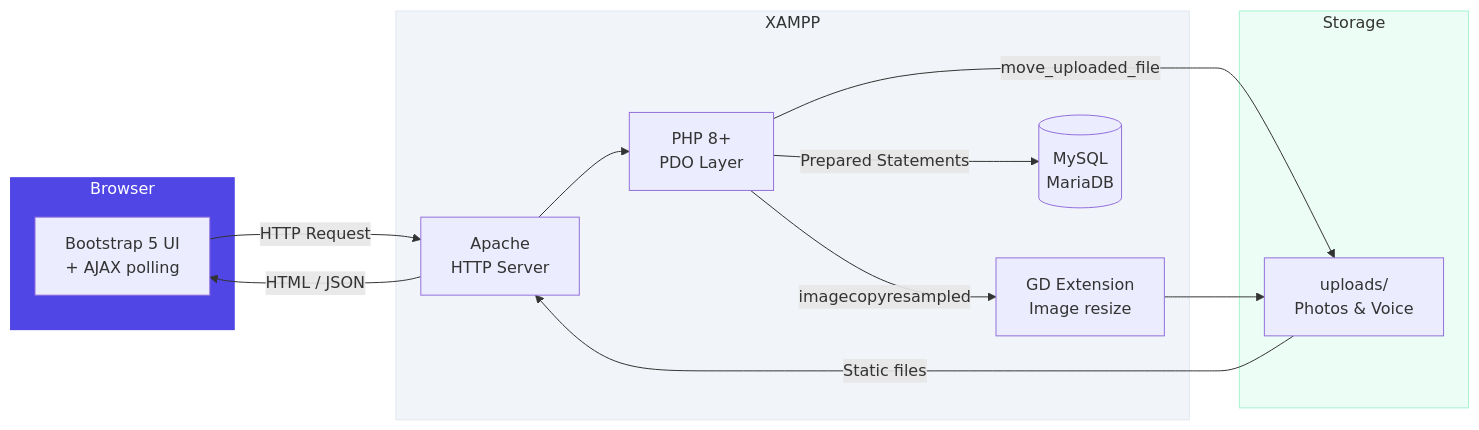
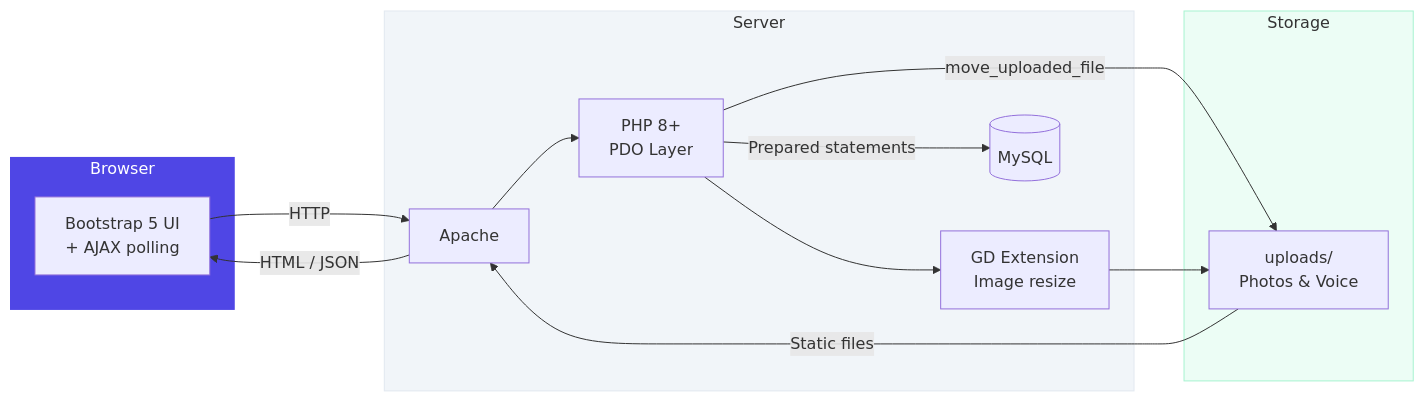
One commit to ShehrozMirza/MessengerChat changed the third of 4 diagrams in README.md. Above: the diagram before and after it, drawn with Mermaid. The commit also changed other lines of this file and 2 other files, not shown here.

````diff
--- a/README.md
+++ b/README.md
@@ -391,30 +384,29 @@
 ```mermaid
 flowchart LR
     subgraph Browser
         UI["Bootstrap 5 UI\n+ AJAX polling"]
     end
 
-    subgraph XAMPP
-        Apache["Apache\nHTTP Server"]
+    subgraph Server
+        Apache["Apache"]
         PHP["PHP 8+\nPDO Layer"]
         GD["GD Extension\nImage resize"]
-        MySQL[(MySQL\nMariaDB)]
+        MySQL[(MySQL)]
     end
 
     subgraph Storage
         FS["uploads/\nPhotos & Voice"]
     end
 
-    UI -->|HTTP Request| Apache
+    UI -->|HTTP| Apache
     Apache --> PHP
-    PHP -->|Prepared Statements| MySQL
+    PHP -->|Prepared statements| MySQL
     PHP -->|move_uploaded_file| FS
-    PHP -->|imagecopyresampled| GD
-    GD --> FS
+    PHP --> GD --> FS
     FS -->|Static files| Apache
     Apache -->|HTML / JSON| UI
 
     style Browser fill:#4f46e5,color:#fff,stroke:none
-    style XAMPP   fill:#f1f5f9,stroke:#e2e8f0
+    style Server  fill:#f1f5f9,stroke:#e2e8f0
     style Storage fill:#ecfdf5,stroke:#a7f3d0
 ```
````
